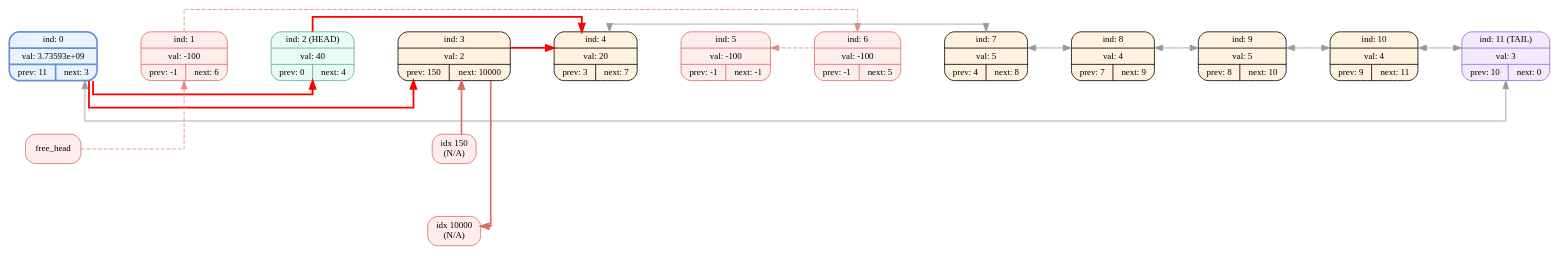
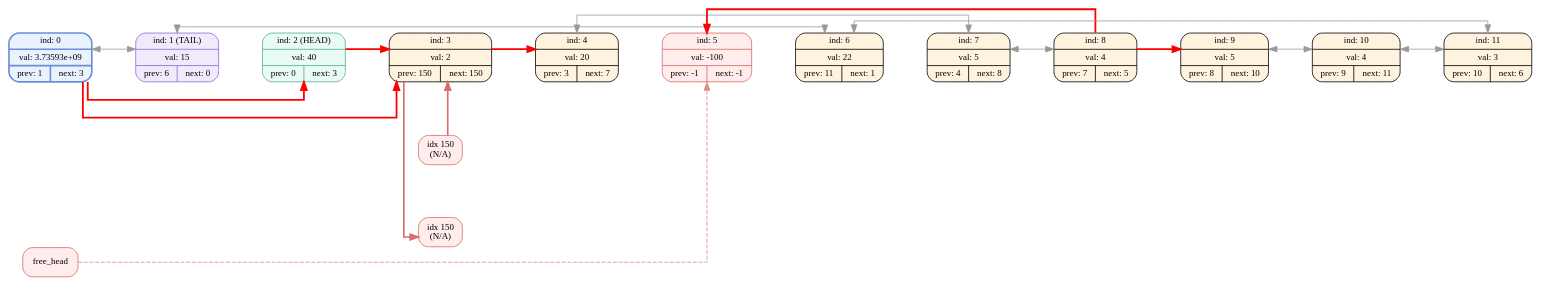
One commit to EvilTomato9890/DEAD_List changed the diagram in dumps/dump_009.dot. Above: the diagram before and after it, drawn with Graphviz. The commit also changed 20 other files, not shown here.

```diff
--- a/dumps/dump_009.dot
+++ b/dumps/dump_009.dot
@@ -1,52 +1,53 @@
 digraph G{
   rankdir=LR;
   splines=ortho;
   nodesep=0.9;
   ranksep=0.75;
   node [fontname="Fira Mono",shape=record,style="filled,rounded",fontsize=11];
-  node_0[shape=record,label="ind: 0 | val: 3.73593e+09 | { prev: 11 | next: 3 }",color="#6b8fd6",style="filled,bold,rounded",fillcolor="#e9f2ff"];
-  node_1[shape=record,label=" ind: 1 | val: -100 | { prev: -1 | next: 6 } ",style="filled,rounded",color="#d66d66",fillcolor="#ffecec"];
-  node_2[shape=record,label=" ind: 2 (HEAD) | val: 40 | { prev: 0 | next: 4 } ",color="#5aa99b",fillcolor="#e9fbf5"];
-  node_3[shape=record,label=" ind: 3 | val: 2 | { prev: 150 | next: 10000 } ",color="#000000",fillcolor="#fff3e0"];
+  node_0[shape=record,label="ind: 0 | val: 3.73593e+09 | { prev: 1 | next: 3 }",color="#6b8fd6",style="filled,bold,rounded",fillcolor="#e9f2ff"];
+  node_1[shape=record,label=" ind: 1 (TAIL) | val: 15 | { prev: 6 | next: 0 } ",color="#8e6bd6",fillcolor="#f1eafd"];
+  node_2[shape=record,label=" ind: 2 (HEAD) | val: 40 | { prev: 0 | next: 3 } ",color="#5aa99b",fillcolor="#e9fbf5"];
+  node_3[shape=record,label=" ind: 3 | val: 2 | { prev: 150 | next: 150 } ",color="#000000",fillcolor="#fff3e0"];
   node_4[shape=record,label=" ind: 4 | val: 20 | { prev: 3 | next: 7 } ",color="#000000",fillcolor="#fff3e0"];
   node_5[shape=record,label=" ind: 5 | val: -100 | { prev: -1 | next: -1 } ",style="filled,rounded",color="#d66d66",fillcolor="#ffecec"];
-  node_6[shape=record,label=" ind: 6 | val: -100 | { prev: -1 | next: 5 } ",style="filled,rounded",color="#d66d66",fillcolor="#ffecec"];
+  node_6[shape=record,label=" ind: 6 | val: 22 | { prev: 11 | next: 1 } ",color="#000000",fillcolor="#fff3e0"];
   node_7[shape=record,label=" ind: 7 | val: 5 | { prev: 4 | next: 8 } ",color="#000000",fillcolor="#fff3e0"];
-  node_8[shape=record,label=" ind: 8 | val: 4 | { prev: 7 | next: 9 } ",color="#000000",fillcolor="#fff3e0"];
+  node_8[shape=record,label=" ind: 8 | val: 4 | { prev: 7 | next: 5 } ",color="#000000",fillcolor="#fff3e0"];
   node_9[shape=record,label=" ind: 9 | val: 5 | { prev: 8 | next: 10 } ",color="#000000",fillcolor="#fff3e0"];
   node_10[shape=record,label=" ind: 10 | val: 4 | { prev: 9 | next: 11 } ",color="#000000",fillcolor="#fff3e0"];
-  node_11[shape=record,label=" ind: 11 (TAIL) | val: 3 | { prev: 10 | next: 0 } ",color="#8e6bd6",fillcolor="#f1eafd"];
+  node_11[shape=record,label=" ind: 11 | val: 3 | { prev: 10 | next: 6 } ",color="#000000",fillcolor="#fff3e0"];
   node_0 -> node_1 [weight=1000,style=invis];
   node_1 -> node_2 [weight=1000,style=invis];
   node_2 -> node_3 [weight=1000,style=invis];
   node_3 -> node_4 [weight=1000,style=invis];
   node_4 -> node_5 [weight=1000,style=invis];
   node_5 -> node_6 [weight=1000,style=invis];
   node_6 -> node_7 [weight=1000,style=invis];
   node_7 -> node_8 [weight=1000,style=invis];
   node_8 -> node_9 [weight=1000,style=invis];
   node_9 -> node_10 [weight=1000,style=invis];
   node_10 -> node_11 [weight=1000,style=invis];
-  node_1 -> node_6 [color="#d88d88", style=dashed, constraint=false];
-  node_6 -> node_5 [color="#d88d88", style=dashed, constraint=false];
   node_0 -> node_3 [color="#ff0000", penwidth=2.2, constraint=false];
-  node_2 -> node_4 [color="#ff0000", penwidth=2.2, constraint=false];
-  node_bad_n_3 [label="idx 10000\n(N/A)",shape=rectangle,style="filled,rounded",color="#d66d66",fillcolor="#ffecec"];
+  node_1 -> node_0 [dir=both, color="#999999", constraint=false];
+  node_2 -> node_3 [color="#ff0000", penwidth=2.2, constraint=false];
+  node_bad_n_3 [label="idx 150\n(N/A)",shape=rectangle,style="filled,rounded",color="#d66d66",fillcolor="#ffecec"];
   node_3 -> node_bad_n_3 [style="bold", color="#d66d66", constraint=false];
   node_3 -> node_bad_n_3 [style=invis, constraint=true, weight=60, minlen=1];
   {rank=same; node_3; node_bad_n_3;}
   node_4 -> node_7 [dir=both, color="#999999", constraint=false];
+  node_6 -> node_1 [dir=both, color="#999999", constraint=false];
   node_7 -> node_8 [dir=both, color="#999999", constraint=false];
-  node_8 -> node_9 [dir=both, color="#999999", constraint=false];
+  node_8 -> node_5 [color="#ff0000", penwidth=2.2, constraint=false];
   node_9 -> node_10 [dir=both, color="#999999", constraint=false];
   node_10 -> node_11 [dir=both, color="#999999", constraint=false];
-  node_11 -> node_0 [dir=both, color="#999999", constraint=false];
+  node_11 -> node_6 [dir=both, color="#999999", constraint=false];
   node_0 -> node_2 [color="#ff0000", penwidth=2.2, constraint=false];
   node_bad_p_3 [label="idx 150\n(N/A)",shape=rectangle,style="filled,rounded",color="#d66d66",fillcolor="#ffecec"];
   node_bad_p_3 -> node_3 [style="bold", color="#d66d66", constraint=false];
   node_3 -> node_bad_p_3 [style=invis, constraint=true, weight=60, minlen=1];
   {rank=same; node_3; node_bad_p_3;}
   node_3 -> node_4 [color="#ff0000", penwidth=2.2, constraint=false];
+  node_8 -> node_9 [color="#ff0000", penwidth=2.2, constraint=false];
   node_free [label=free_head,color="#d66d66",shape=rectangle,style="filled,rounded",fillcolor="#ffecec"];
-  node_free -> node_1 [color="#d88d88", style=dashed, constraint=false];
+  node_free -> node_5 [color="#d88d88", style=dashed, constraint=false];
 }
```
